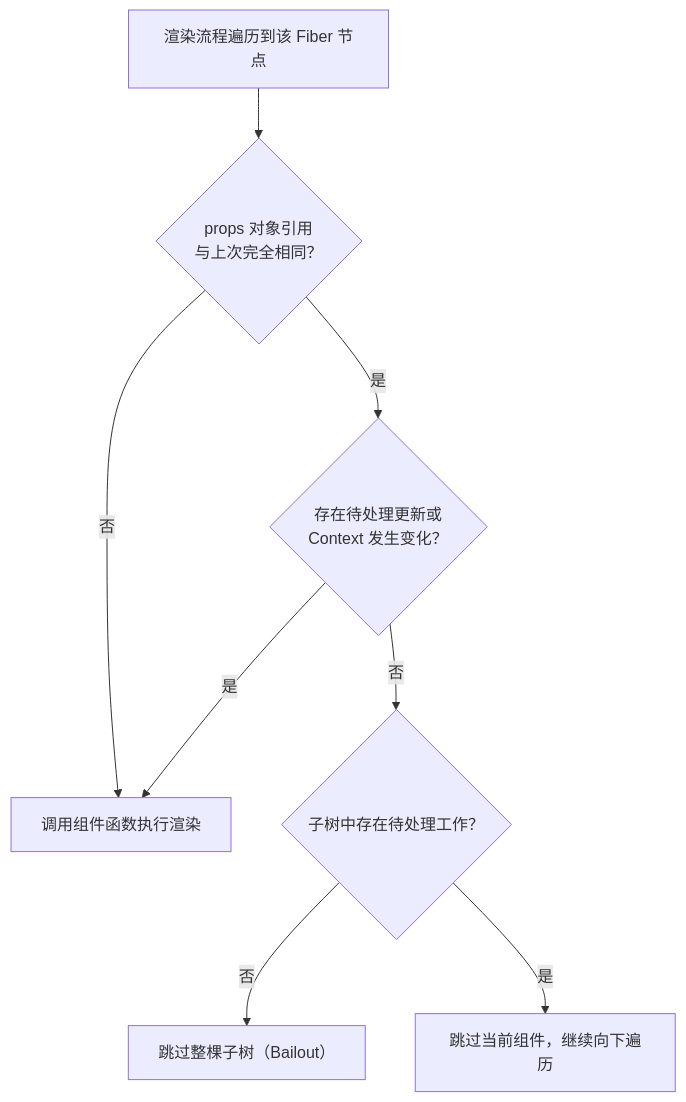
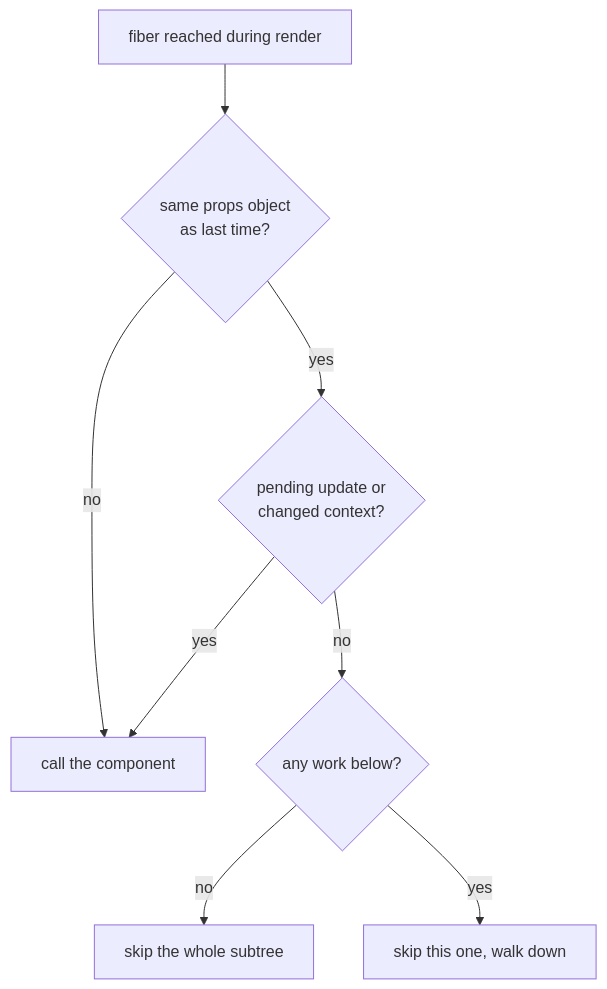
The diagram in content/react-concepts/11 Memoization and the React Compiler.md (ZhaoTim/react-garden-zh), drawn with Mermaid before and after one commit. The commit also changed 12 other files, not shown here.

Commit message:
fix: restore all Mermaid diagrams to original English technical terms

````diff
--- a/content/react-concepts/11 Memoization and the React Compiler.md
+++ b/content/react-concepts/11 Memoization and the React Compiler.md
@@ -29,10 +29,10 @@
 ```mermaid
 flowchart TD
-  A["渲染流程遍历到该 Fiber 节点"] --> B{"props 对象引用<br/>与上次完全相同？"}
-  B -->|否| R["调用组件函数执行渲染"]
-  B -->|是| C{"存在待处理更新或<br/>Context 发生变化？"}
-  C -->|是| R
-  C -->|否| D{"子树中存在待处理工作？"}
-  D -->|否| S["跳过整棵子树（Bailout）"]
-  D -->|是| W["跳过当前组件，继续向下遍历"]
+  A["fiber reached during render"] --> B{"same props object<br/>as last time?"}
+  B -->|no| R["call the component"]
+  B -->|yes| C{"pending update or<br/>changed context?"}
+  C -->|yes| R
+  C -->|no| D{"any work below?"}
+  D -->|no| S["skip the whole subtree"]
+  D -->|yes| W["skip this one, walk down"]
 ```
````
